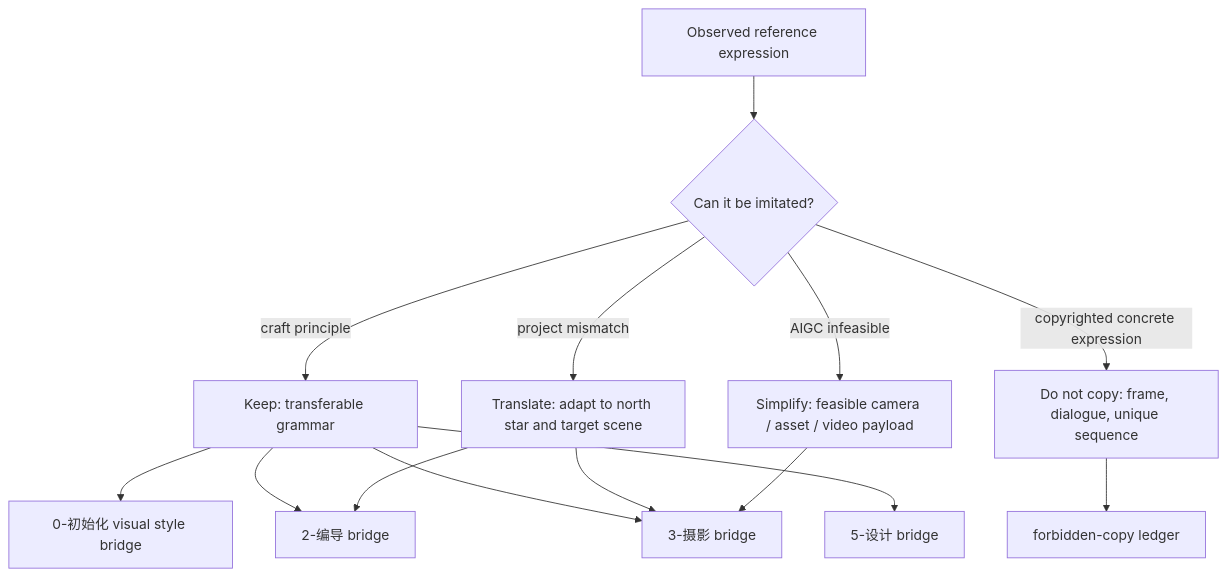
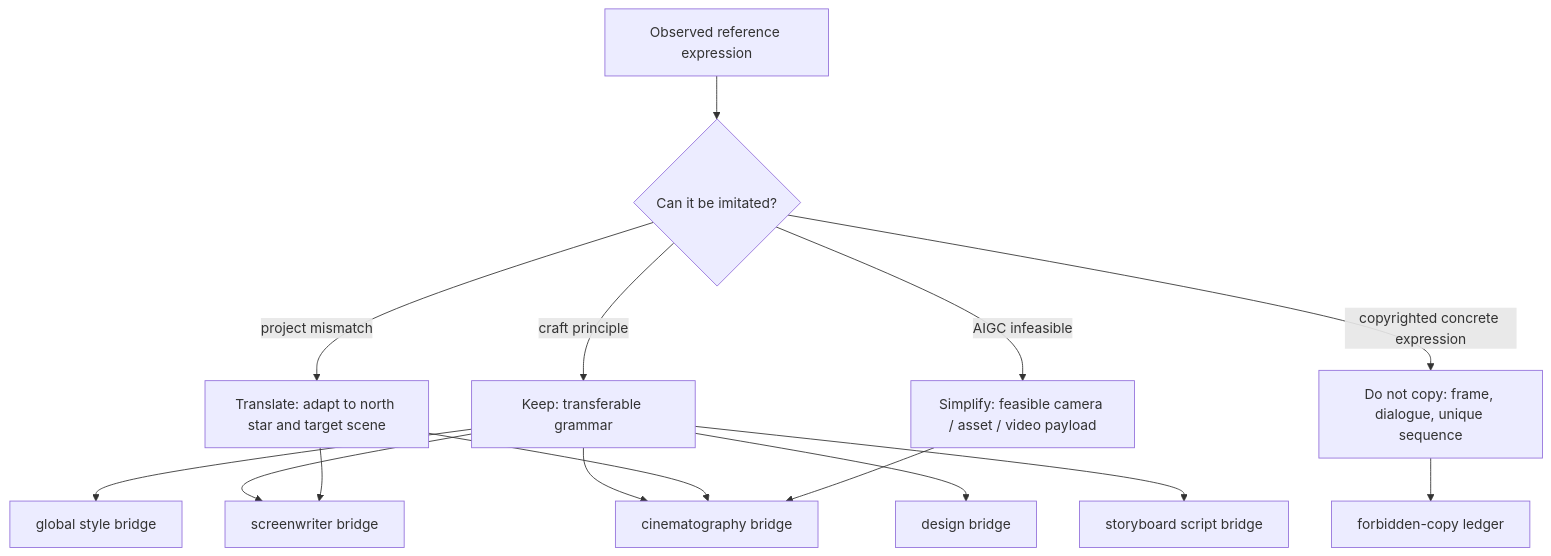
Before and after one commit to ZEN-VOID/AI-CUT: the second of 3 diagrams in .agents/skills/aigc/shot-by-shot/SKILL.md, drawn with Mermaid. The commit also changed other lines of this file and 85 other files, not shown here.

````diff
--- a/.agents/skills/aigc/shot-by-shot/SKILL.md
+++ b/.agents/skills/aigc/shot-by-shot/SKILL.md
@@ -107,16 +112,17 @@
 ```mermaid
 flowchart TD
     A["Observed reference expression"] --> B{"Can it be imitated?"}
     B -->|"craft principle"| C["Keep: transferable grammar"]
     B -->|"copyrighted concrete expression"| D["Do not copy: frame, dialogue, unique sequence"]
     B -->|"project mismatch"| E["Translate: adapt to north star and target scene"]
     B -->|"AIGC infeasible"| F["Simplify: feasible camera / asset / video payload"]
-    C --> K["0-初始化 visual style bridge"]
-    C --> G["2-编导 bridge"]
-    C --> H["3-摄影 bridge"]
-    C --> J["5-设计 bridge"]
+    C --> K["global style bridge"]
+    C --> G["screenwriter bridge"]
+    C --> H["cinematography bridge"]
+    C --> J["design bridge"]
+    C --> L["storyboard script bridge"]
     E --> G
     E --> H
     F --> H
     D --> I["forbidden-copy ledger"]
 ```
````
